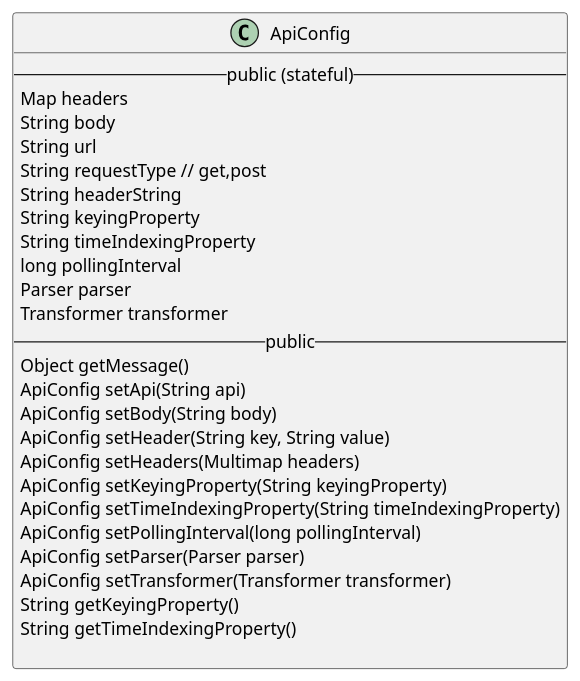
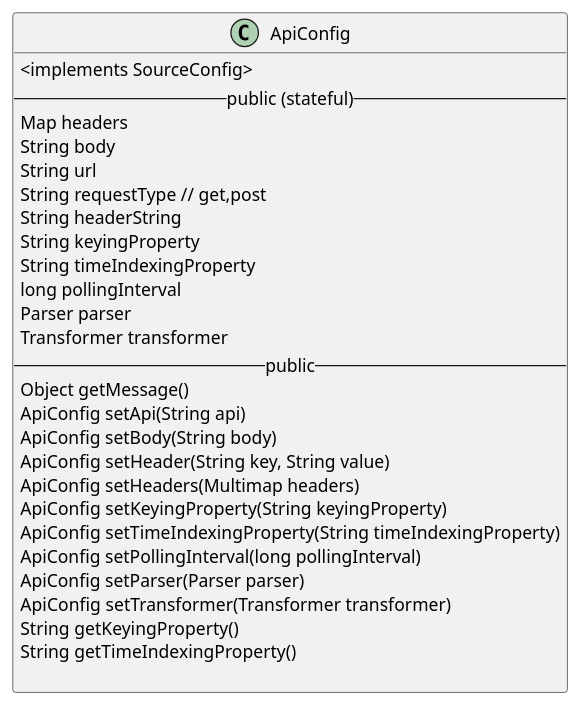
The diagram in docs/diagrams/ApiConfig.puml (datakaveri/iudx-adaptor-framework), drawn with PlantUML before and after one commit. The commit also changed 19 other files, not shown here.

Commit message:
Fixed ApiConfig having unnecessary generics

```diff
--- a/docs/diagrams/ApiConfig.puml
+++ b/docs/diagrams/ApiConfig.puml
@@ -1,29 +1,30 @@
 @startuml
-class ApiConfig  {
+class ApiConfig {
+    <implements SourceConfig>
   -- public (stateful) --
   Map headers
   String body
   String url
   String requestType // get,post
   String headerString
   String keyingProperty
   String timeIndexingProperty
   long pollingInterval
   Parser parser
   Transformer transformer
   -- public --
   Object getMessage()
   ApiConfig setApi(String api)
   ApiConfig setBody(String body)
   ApiConfig setHeader(String key, String value)
   ApiConfig setHeaders(Multimap headers)
   ApiConfig setKeyingProperty(String keyingProperty)
   ApiConfig setTimeIndexingProperty(String timeIndexingProperty)
   ApiConfig setPollingInterval(long pollingInterval)
   ApiConfig setParser(Parser parser)
   ApiConfig setTransformer(Transformer transformer)
   String getKeyingProperty()
   String getTimeIndexingProperty()
 
 }
 @enduml
```
